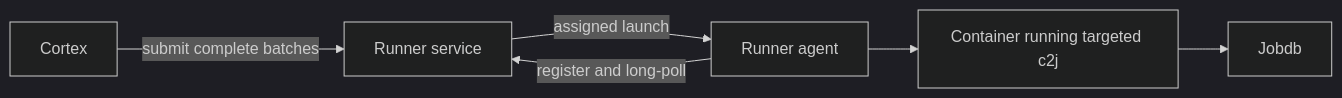
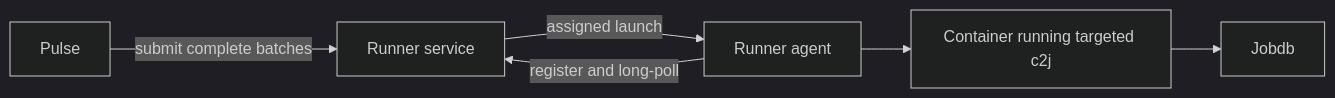
One commit to colony-2/pulse changed the second of 2 diagrams in DESIGN.md. Above: the diagram before and after it, drawn with Mermaid (dark theme). The commit also changed other lines of this file and 64 other files, not shown here.

Commit message:
refactor: rename Cortex to Pulse

````diff
--- a/DESIGN.md
+++ b/DESIGN.md
@@ -329,8 +329,8 @@
 ```mermaid
 flowchart LR
-    C[Cortex] -->|submit complete batches| S[Runner service]
+    C[Pulse] -->|submit complete batches| S[Runner service]
     R[Runner agent] -->|register and long-poll| S
     S -->|assigned launch| R
     R --> E[Container running targeted c2j]
     E --> J[Jobdb]
 ```
````
